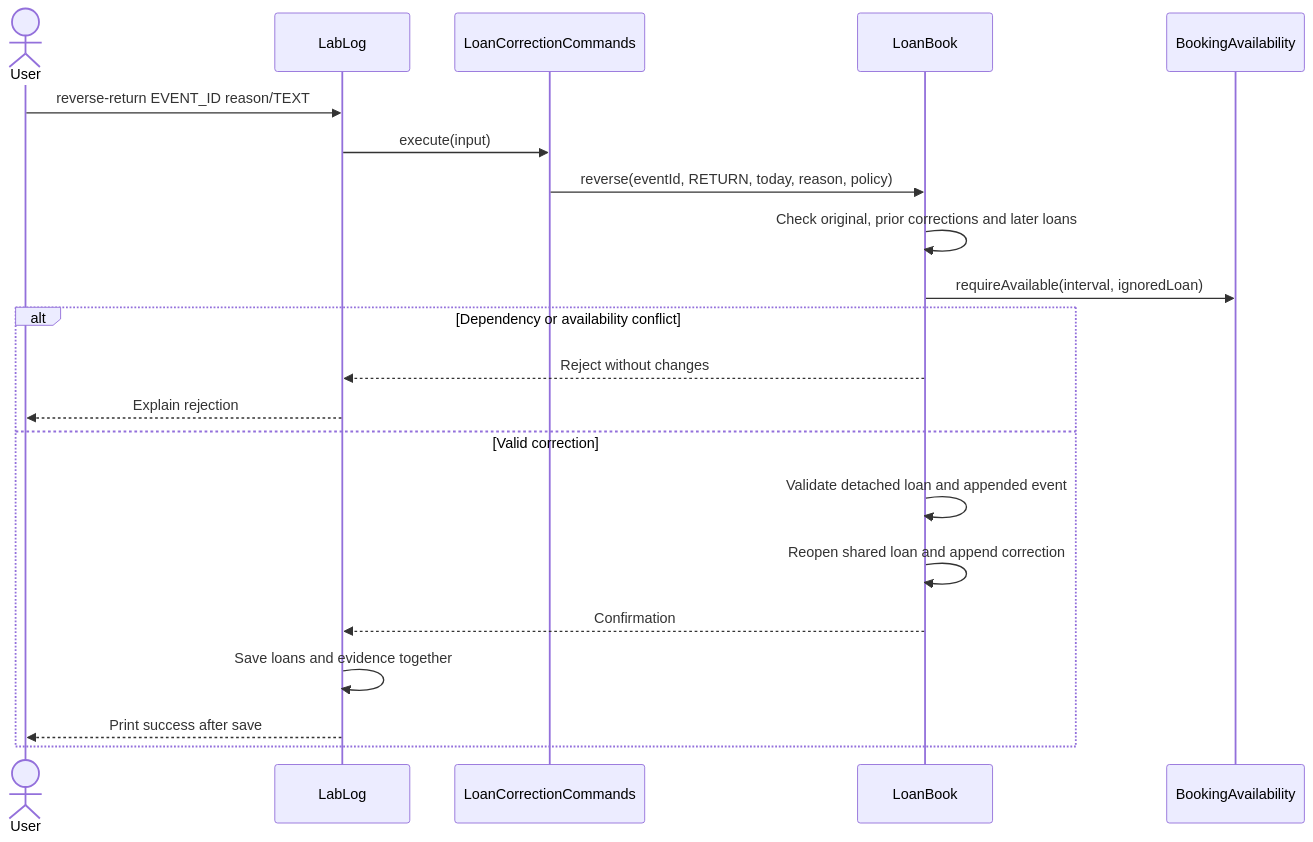
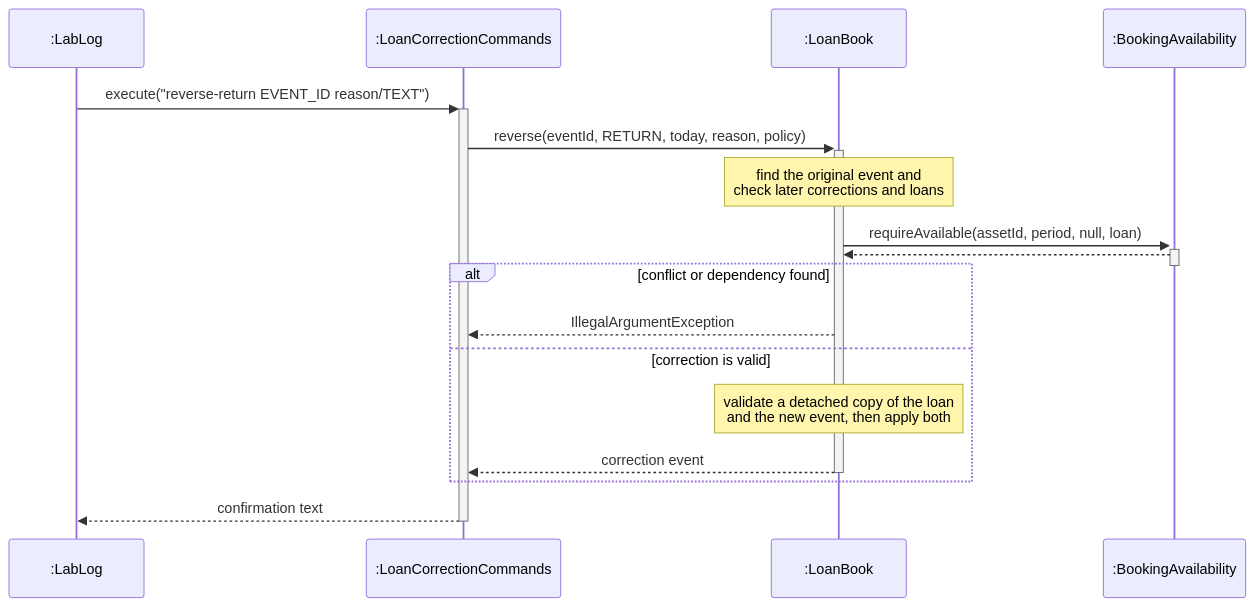
Before and after one commit to AY2627S1-CS2113-W13-3/tp: diagram 12 of 14 in docs/DeveloperGuide.md, drawn with Mermaid. The commit also changed other lines of this file and 6 other files, not shown here.

````diff
--- a/docs/DeveloperGuide.md
+++ b/docs/DeveloperGuide.md
@@ -723,23 +703,19 @@
 ```mermaid
 sequenceDiagram
-    actor User
-    participant App as LabLog
-    participant Command as LoanCorrectionCommands
-    participant Book as LoanBook
-    participant Policy as BookingAvailability
-    User->>App: reverse-return EVENT_ID reason/TEXT
-    App->>Command: execute(input)
-    Command->>Book: reverse(eventId, RETURN, today, reason, policy)
-    Book->>Book: Check original, prior corrections and later loans
-    Book->>Policy: requireAvailable(interval, ignoredLoan)
-    alt Dependency or availability conflict
-        Book-->>App: Reject without changes
-        App-->>User: Explain rejection
-    else Valid correction
-        Book->>Book: Validate detached loan and appended event
-        Book->>Book: Reopen shared loan and append correction
-        Book-->>App: Confirmation
-        App->>App: Save loans and evidence together
-        App-->>User: Print success after save
+    participant L as :LabLog
+    participant C as :LoanCorrectionCommands
+    participant B as :LoanBook
+    participant P as :BookingAvailability
+    L->>+C: execute("reverse-return EVENT_ID reason/TEXT")
+    C->>+B: reverse(eventId, RETURN, today, reason, policy)
+    Note over B: find the original event and<br/>check later corrections and loans
+    B->>+P: requireAvailable(assetId, period, null, loan)
+    P-->>-B: 
+    alt conflict or dependency found
+        B-->>C: IllegalArgumentException
+    else correction is valid
+        Note over B: validate a detached copy of the loan<br/>and the new event, then apply both
+        B-->>-C: correction event
     end
+    C-->>-L: confirmation text
 ```
````
